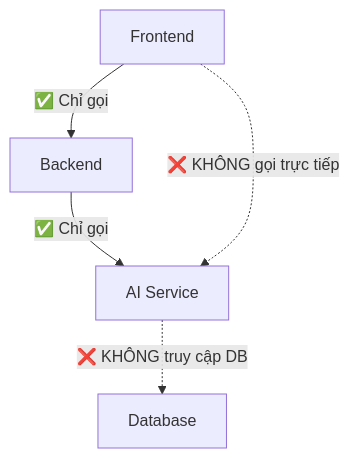
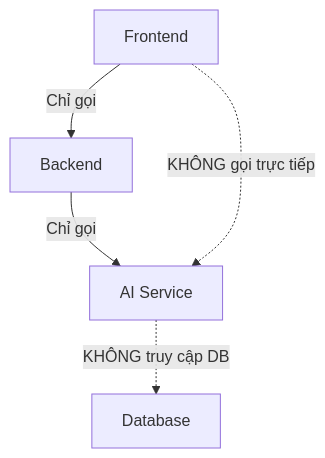
One commit to HistoryMindAI/HistoryMindAI changed the third of 3 diagrams in README.md. Above: the diagram before and after it, drawn with Mermaid. The commit also changed other lines of this file, not shown here.

````diff
--- a/README.md
+++ b/README.md
@@ -159,7 +159,7 @@
 ```mermaid
 graph TD
-    FE["Frontend"] -- "✅ Chỉ gọi" --> BE["Backend"]
-    BE -- "✅ Chỉ gọi" --> AI["AI Service"]
-    FE -. "❌ KHÔNG gọi trực tiếp" .-> AI
-    AI -. "❌ KHÔNG truy cập DB" .-> DB["Database"]
+    FE["Frontend"] -- "Chỉ gọi" --> BE["Backend"]
+    BE -- "Chỉ gọi" --> AI["AI Service"]
+    FE -. "KHÔNG gọi trực tiếp" .-> AI
+    AI -. "KHÔNG truy cập DB" .-> DB["Database"]
 ```
````
